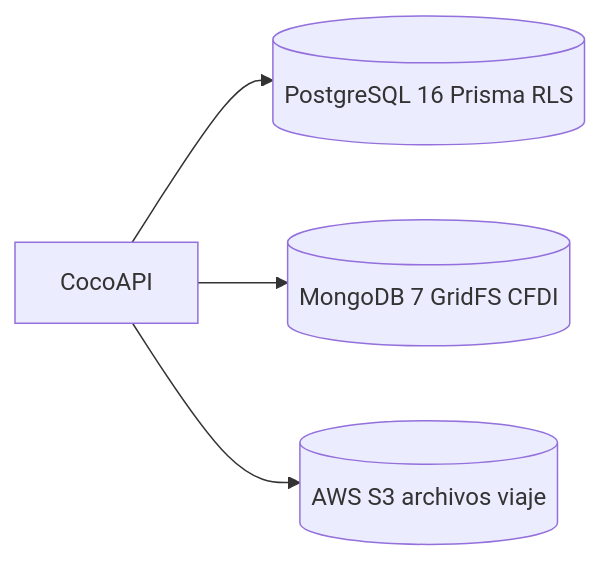
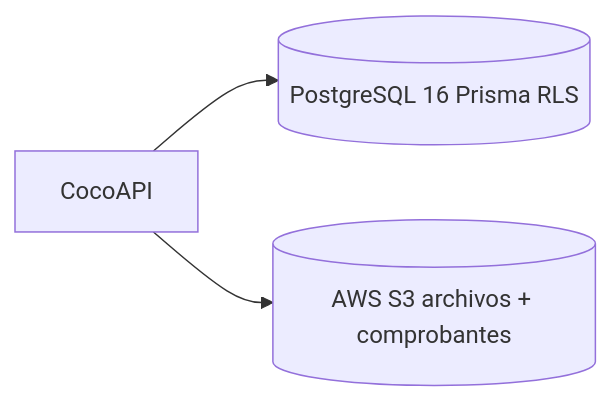
The second of 2 diagrams in docs/arquitectura-datos/documento-arquitectura.md (coconsulting2/cocowiki), drawn with Mermaid before and after one commit. The commit also changed other lines of this file and 20 other files, not shown here.

````diff
--- a/docs/arquitectura-datos/documento-arquitectura.md
+++ b/docs/arquitectura-datos/documento-arquitectura.md
@@ -129,7 +129,6 @@
 ```mermaid
 flowchart LR
   API[CocoAPI]
   API --> PG[(PostgreSQL 16 Prisma RLS)]
-  API --> MG[(MongoDB 7 GridFS CFDI)]
-  API --> S3[(AWS S3 archivos viaje)]
+  API --> S3[(AWS S3 archivos + comprobantes)]
 ```
````
